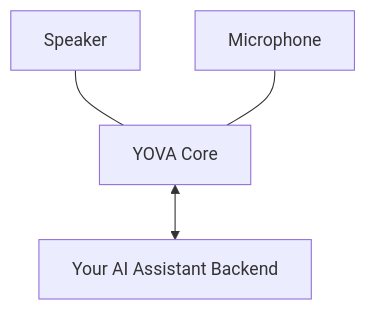
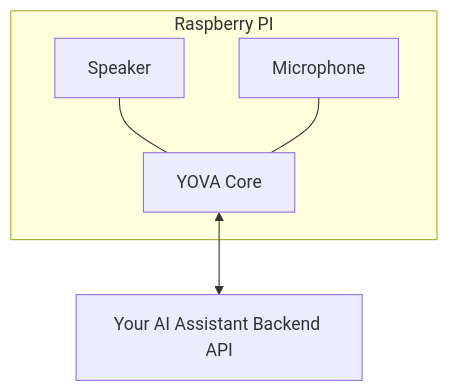
The first of 2 diagrams in README.md (jamro/yova), drawn with Mermaid before and after one commit. The commit also changed other lines of this file and 11 other files, not shown here.

````diff
--- a/README.md
+++ b/README.md
@@ -13,6 +13,9 @@
 ```mermaid
 graph TD
-    S[Speaker] --- Y[YOVA Core]
-    M[Microphone] --- Y
-    Y[YOVA Core] <--> A[Your AI Assistant Backend]
+    subgraph Raspberry PI
+        S[Speaker] --- Y[YOVA Core]
+        M[Microphone] --- Y
+    end
+
+    Y <--> A[Your AI Assistant Backend API]
 ```
````
